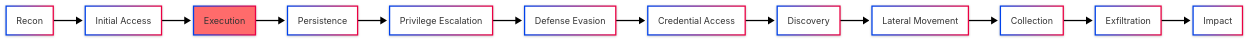
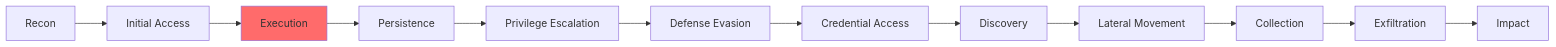
Before and after one commit to Leo-Jp01/threat-hunting-writeups: the first of 3 diagrams in techniques/execution/t1059-001-powershell.md, drawn with Mermaid. The commit also changed other lines of this file and 2 other files, not shown here.

Commit message:
fix(bug): Add Mermaid support for diagrams and bug fixes

````diff
--- a/techniques/execution/t1059-001-powershell.md
+++ b/techniques/execution/t1059-001-powershell.md
@@ -41,22 +41,18 @@
 ```mermaid
----
-config:
-  look: neo
-  theme: neo
----
+
 graph LR
     %% Cyber Kill Chain
     A[Recon] --> B[Initial Access]
     B --> C[Execution]
     C --> D[Persistence]
     D --> E[Privilege Escalation]
     E --> F[Defense Evasion]
     F --> G[Credential Access]
     G --> H[Discovery]
     H --> I[Lateral Movement]
     I --> J[Collection]
     J --> K[Exfiltration]
     K --> L[Impact]    
     style C fill:#ff6b6b
 
 ```
````
